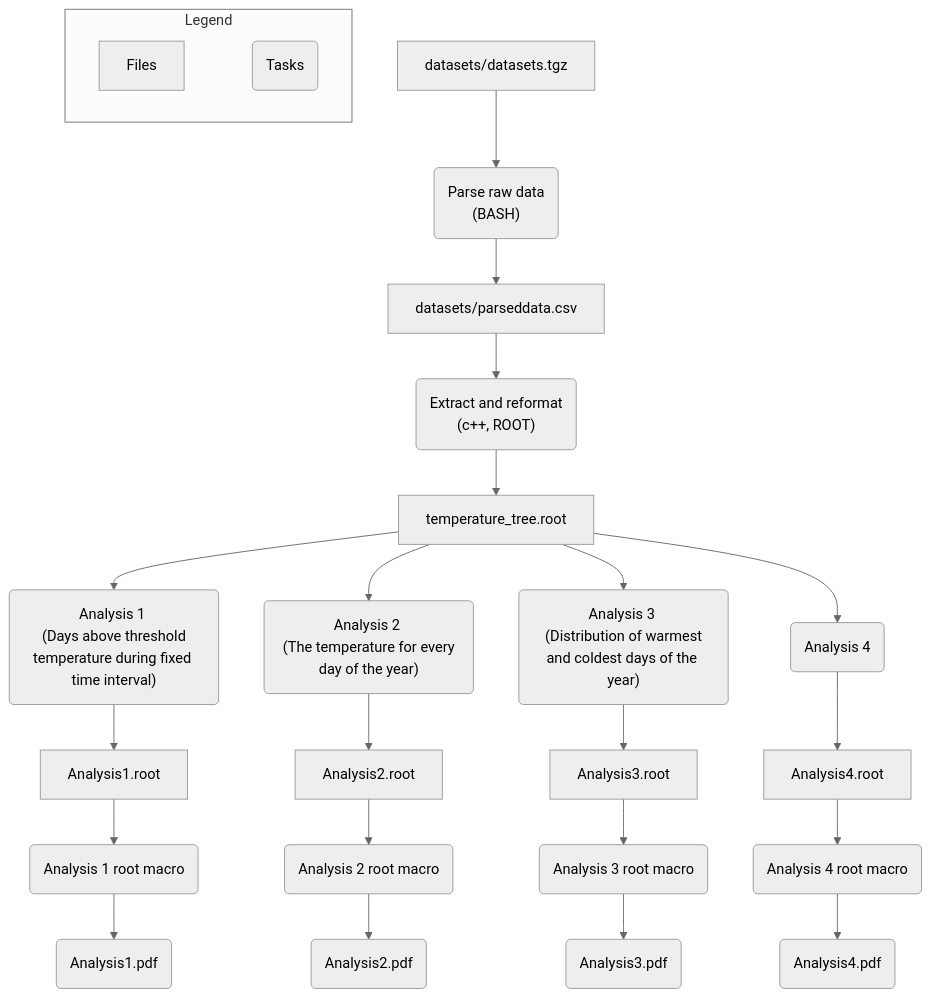
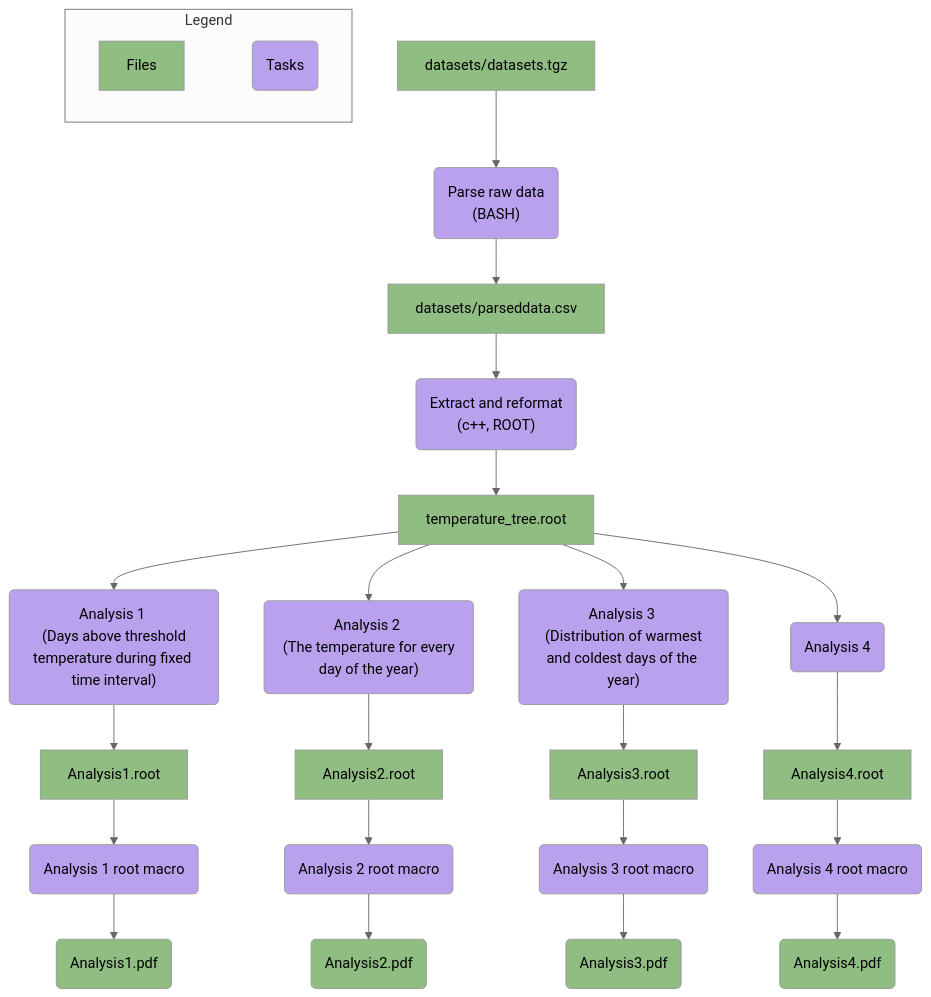
One commit to dchelidzemrics-design/MNXB11-Project changed the diagram in Workplan.md. Above: the diagram before and after it, drawn with Mermaid.

````diff
--- a/Workplan.md
+++ b/Workplan.md
@@ -9,41 +9,49 @@
 ```mermaid 
 %%{init: { 'theme':'neutral', 'fontSize': '11px'} }%%
 flowchart TD
     %% This will be the same for all analyses
     A["datasets/datasets.tgz"] --> B("Parse raw data <br> (BASH)")
     B --> C["datasets/parseddata.csv"]
     C --> D("Extract and reformat <br> (c++, ROOT)")
     D --> E["temperature_tree.root"]
 
     %% The seperate analyses
     E --> G("Analysis 1 <br> (Days above threshold temperature during fixed time interval)")
     E --> H("Analysis 2 <br> (The temperature for every day of the year)")
     E --> I("Analysis 3 <br> (Distribution of warmest and coldest days of the year)")
     E --> J("Analysis 4 <br> ")
 
     %% Analysis 1 workflow
     G --> G1["Analysis1.root"]
     G1 --> G2("Analysis 1 root macro")
     G2 --> G3("Analysis1.pdf")
 
     %% Analysis 2 workflow
     H --> H1["Analysis2.root"]
     H1 --> H2("Analysis 2 root macro")
     H2 --> H3("Analysis2.pdf")
 
     %% Analysis 3 workflow
     I --> I1["Analysis3.root"]
     I1 --> I2("Analysis 3 root macro")
     I2 --> I3("Analysis3.pdf")
 
     %% Analysis 4 workflow
     J --> J1["Analysis4.root"]
     J1 --> J2("Analysis 4 root macro")
     J2 --> J3("Analysis4.pdf")
 
     %% Legend 
     subgraph Legend ["Legend"]
         direction LR
         L1["Files"] ~~~ L2("Tasks")
     end
+
+    %% Seperate Files and Tasks into different classes
+    %% with different colors
+    classDef Files fill:#90bd82;
+    classDef Tasks fill:#b9a1ed;
+
+    class L1,A,C,E,G1,G3,H1,H3,I1,I3,J1,J3 Files;
+    class L2,B,D,G,H,I,J,F,F2,G2,H2,I2,J2 Tasks;
 ```
````
